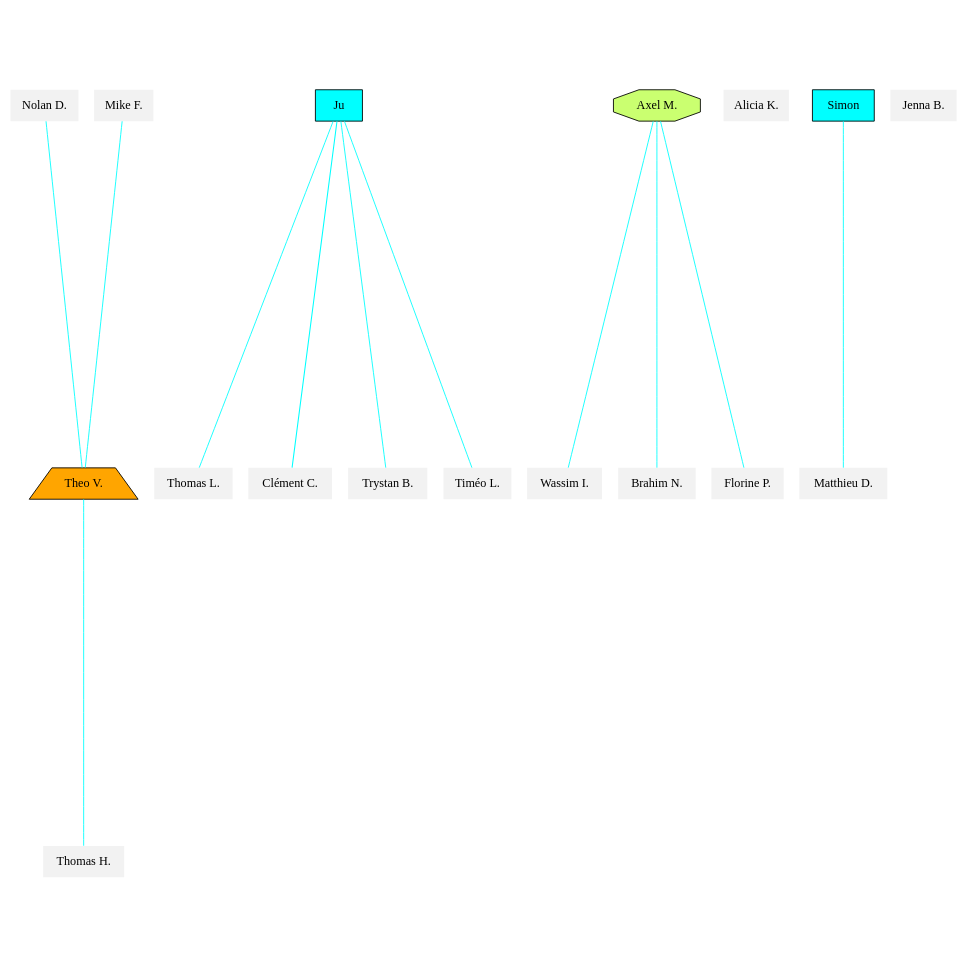
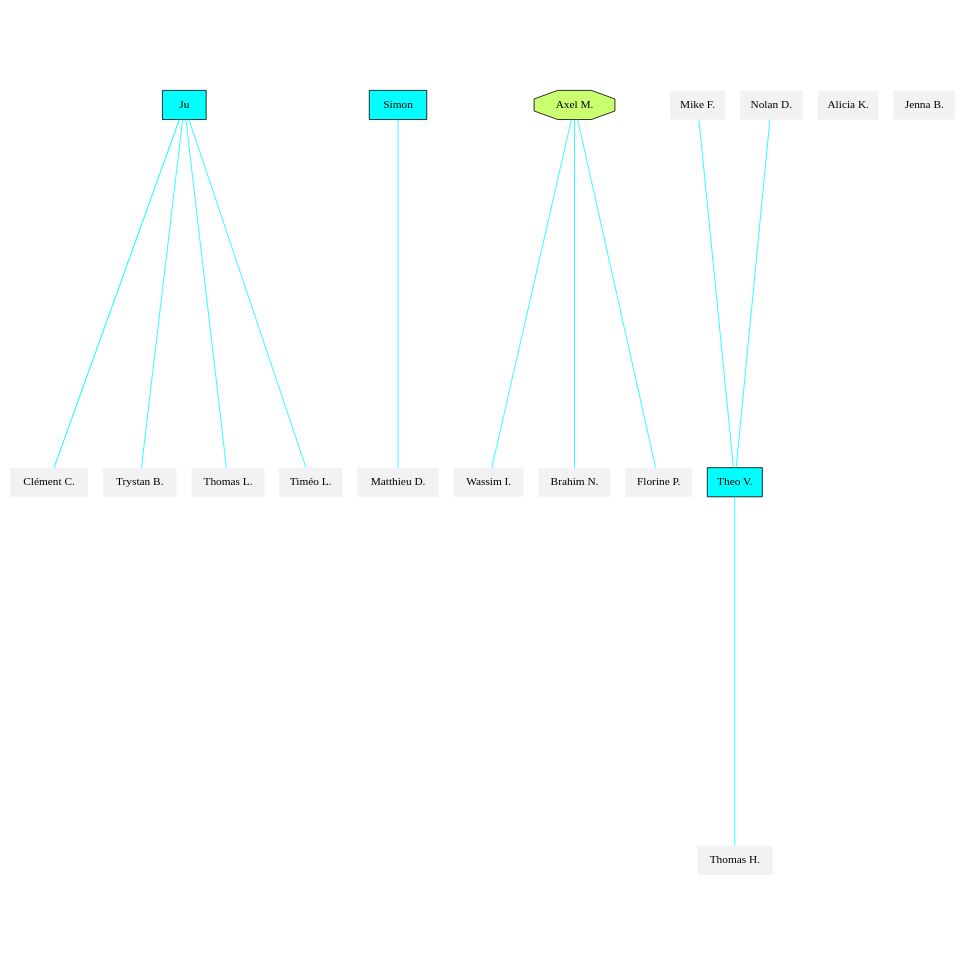
Before and after one commit to GuilhemRep/sauts: the diagram in jumpers_STUDENT.dot, drawn with Graphviz. The commit also changed 11 other files, not shown here.

Commit message:
better graphs

```diff
--- a/jumpers_STUDENT.dot
+++ b/jumpers_STUDENT.dot
@@ -1,31 +1,31 @@
 graph Jumpers {
 	graph [overlap=false ratio=1 size="15,15" splines=true]
-	"Nolan D." [fillcolor=gray95 shape=none style=filled]
-	"Thomas L." [fillcolor=gray95 shape=none style=filled]
 	"Clément C." [fillcolor=gray95 shape=none style=filled]
 	"Trystan B." [fillcolor=gray95 shape=none style=filled]
+	"Matthieu D." [fillcolor=gray95 shape=none style=filled]
 	"Wassim I." [fillcolor=gray95 shape=none style=filled]
+	"Mike F." [fillcolor=gray95 shape=none style=filled]
+	"Brahim N." [fillcolor=gray95 shape=none style=filled]
+	"Nolan D." [fillcolor=gray95 shape=none style=filled]
+	"Alicia K." [fillcolor=gray95 shape=none style=filled]
+	"Theo V." [fillcolor=cyan shape=rectangle style=filled]
+	"Thomas L." [fillcolor=gray95 shape=none style=filled]
+	"Axel M." [fillcolor=darkolivegreen1 shape=octagon style=filled]
+	"Jenna B." [fillcolor=gray95 shape=none style=filled]
+	"Timéo L." [fillcolor=gray95 shape=none style=filled]
+	"Florine P." [fillcolor=gray95 shape=none style=filled]
 	"Thomas H." [fillcolor=gray95 shape=none style=filled]
-	"Timéo L." [fillcolor=gray95 shape=none style=filled]
-	"Theo V." [fillcolor=orange shape=trapezium style=filled]
-	"Brahim N." [fillcolor=gray95 shape=none style=filled]
-	"Alicia K." [fillcolor=gray95 shape=none style=filled]
-	"Matthieu D." [fillcolor=gray95 shape=none style=filled]
+	" Simon " [fillcolor=cyan shape=rectangle style=filled]
 	" Ju " [fillcolor=cyan shape=rectangle style=filled]
-	"Axel M." [fillcolor=darkolivegreen1 shape=octagon style=filled]
-	"Florine P." [fillcolor=gray95 shape=none style=filled]
-	"Mike F." [fillcolor=gray95 shape=none style=filled]
-	" Simon " [fillcolor=cyan shape=rectangle style=filled]
-	"Jenna B." [fillcolor=gray95 shape=none style=filled]
 	" Ju " -- "Thomas L." [color=cyan len=1.5 penwidth=1.0]
 	"Mike F." -- "Theo V." [color=cyan len=1.5 penwidth=1.0]
 	" Ju " -- "Clément C." [color=cyan len=1.5 penwidth=1.2071067811865475]
 	"Axel M." -- "Brahim N." [color=cyan len=1.5 penwidth=1.0]
 	" Simon " -- "Matthieu D." [color=cyan len=1.5 penwidth=1.0]
 	" Ju " -- "Timéo L." [color=cyan len=1.5 penwidth=1.0]
 	" Ju " -- "Trystan B." [color=cyan len=1.5 penwidth=1.0]
 	"Theo V." -- "Thomas H." [color=cyan len=1.5 penwidth=1.0]
 	"Axel M." -- "Florine P." [color=cyan len=1.5 penwidth=1.0]
 	"Nolan D." -- "Theo V." [color=cyan len=1.5 penwidth=1.0]
 	"Axel M." -- "Wassim I." [color=cyan len=1.5 penwidth=1.0]
 }
```
